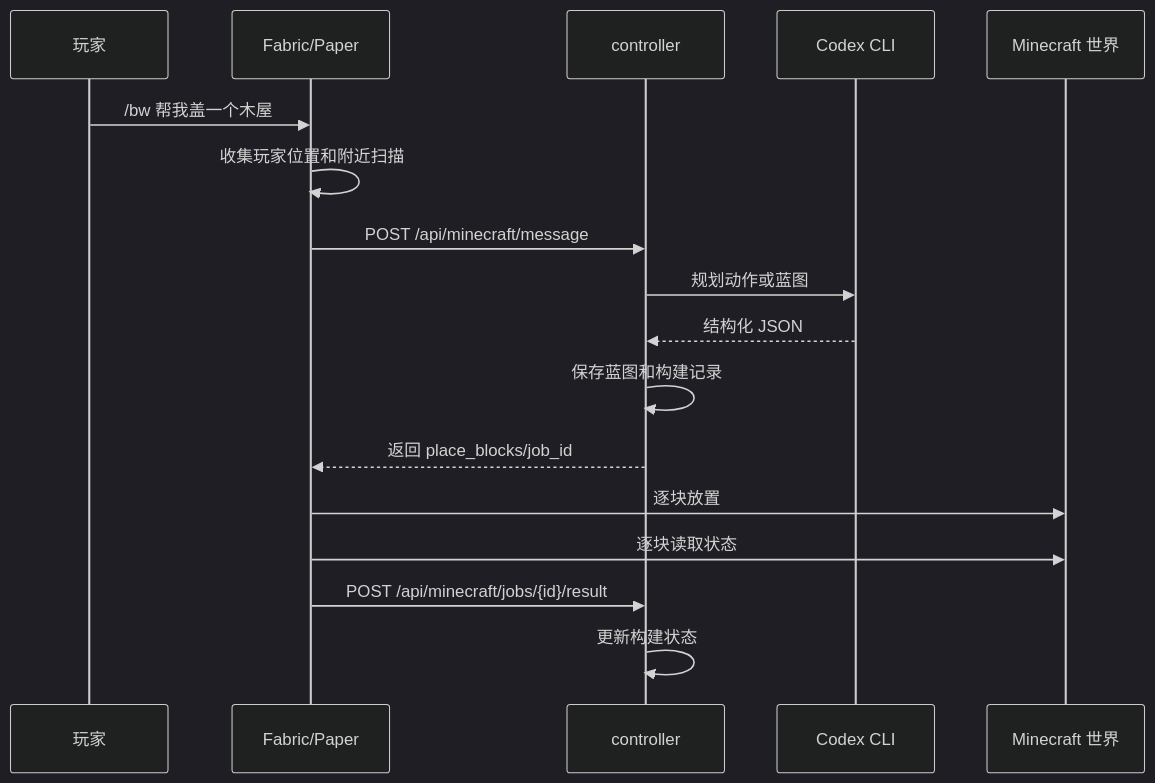
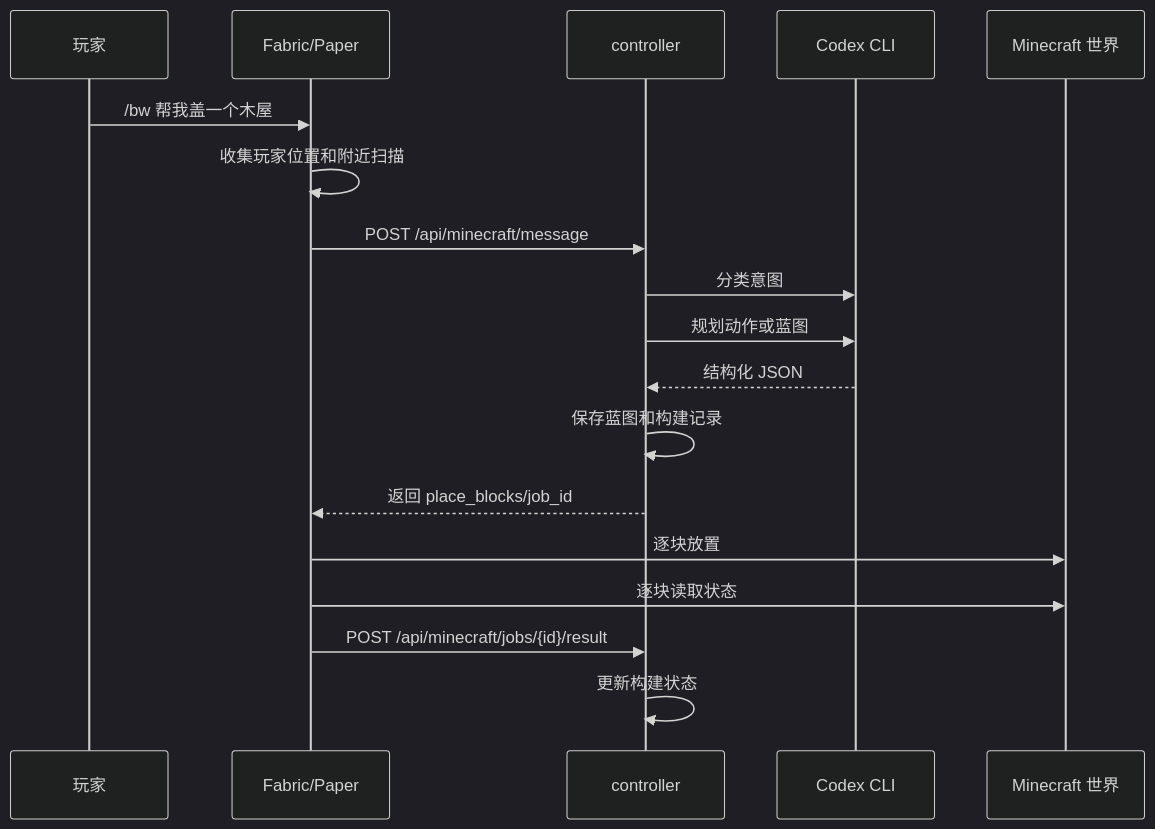
Before and after one commit to mari0w/blockwright: the first of 2 diagrams in docs/ARCHITECTURE.md, drawn with Mermaid (dark theme). The commit also changed other lines of this file and 24 other files, not shown here.

````diff
--- a/docs/ARCHITECTURE.md
+++ b/docs/ARCHITECTURE.md
@@ -77,20 +77,21 @@
 ```mermaid
 sequenceDiagram
     participant Player as 玩家
     participant Mod as Fabric/Paper
     participant Controller as controller
     participant Codex as Codex CLI
     participant World as Minecraft 世界
 
     Player->>Mod: /bw 帮我盖一个木屋
     Mod->>Mod: 收集玩家位置和附近扫描
     Mod->>Controller: POST /api/minecraft/message
+    Controller->>Codex: 分类意图
     Controller->>Codex: 规划动作或蓝图
     Codex-->>Controller: 结构化 JSON
     Controller->>Controller: 保存蓝图和构建记录
     Controller-->>Mod: 返回 place_blocks/job_id
     Mod->>World: 逐块放置
     Mod->>World: 逐块读取状态
     Mod->>Controller: POST /api/minecraft/jobs/{id}/result
     Controller->>Controller: 更新构建状态
 ```
````
